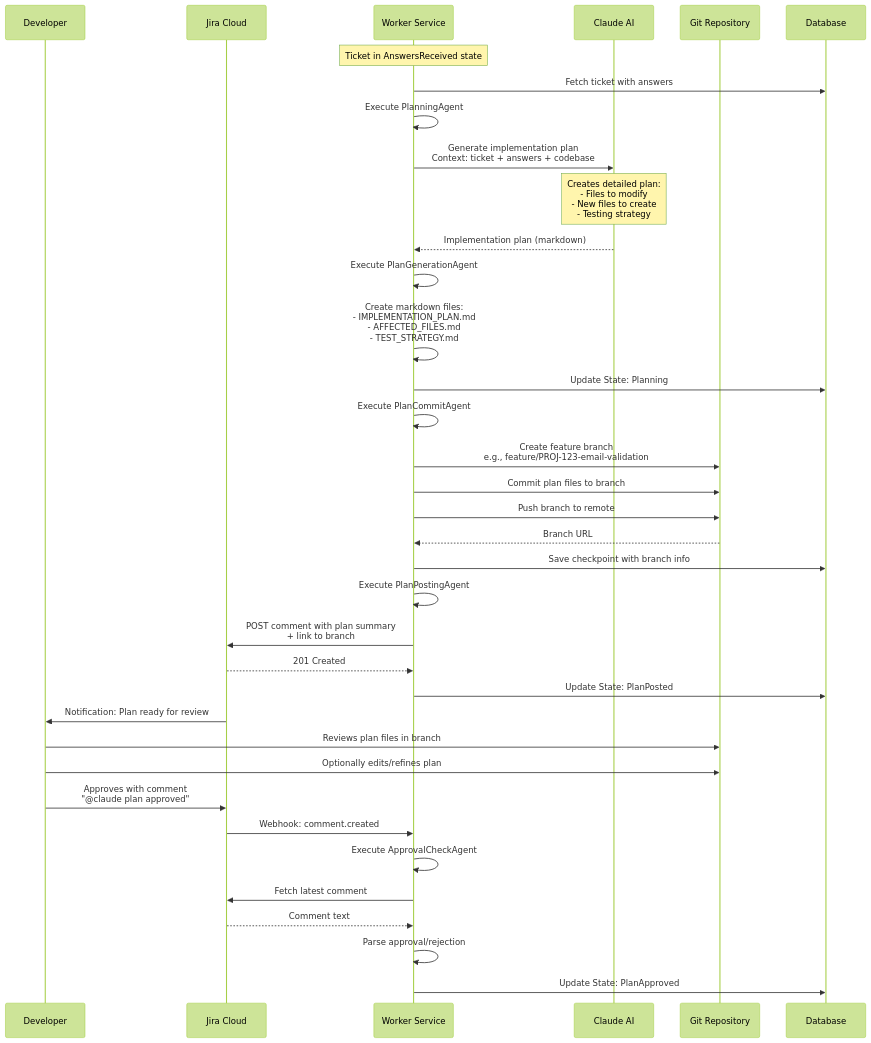
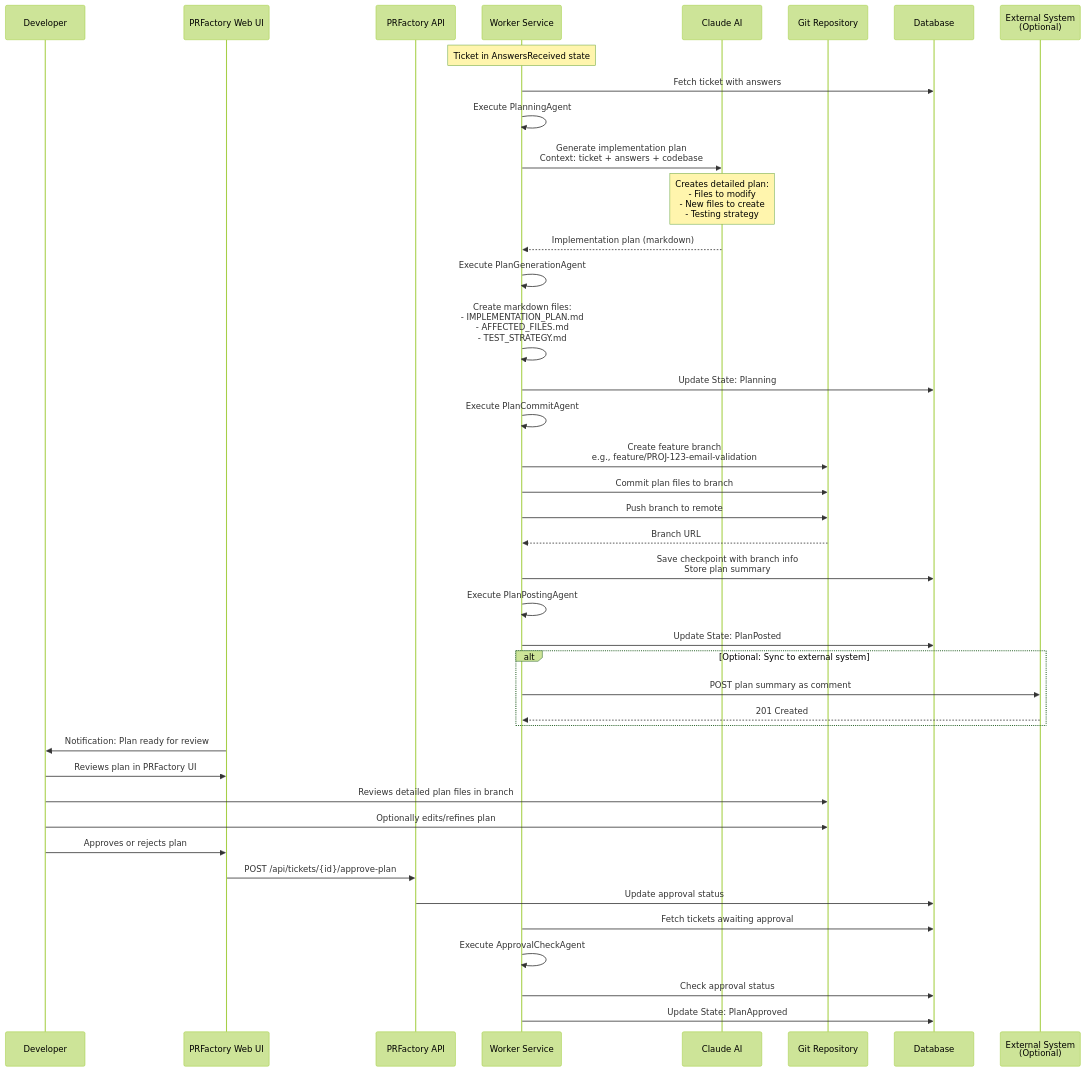
One commit to mikaelliljedahl/PRFactory changed the third of 5 diagrams in docs/WORKFLOW.md. Above: the diagram before and after it, drawn with Mermaid (forest theme). The commit also changed other lines of this file and 2 other files, not shown here.

First line of the commit message:
Update documentation to reflect PRFactory as primary interface

````diff
--- a/docs/WORKFLOW.md
+++ b/docs/WORKFLOW.md
@@ -261,50 +269,53 @@
 ```mermaid
 sequenceDiagram
     participant Dev as Developer
-    participant Jira as Jira Cloud
+    participant UI as PRFactory Web UI
+    participant API as PRFactory API
     participant Worker as Worker Service
     participant Claude as Claude AI
     participant Git as Git Repository
     participant DB as Database
+    participant External as External System<br/>(Optional)
 
     Note over Worker: Ticket in AnswersReceived state
 
     Worker->>DB: Fetch ticket with answers
     Worker->>Worker: Execute PlanningAgent
 
     Worker->>Claude: Generate implementation plan<br/>Context: ticket + answers + codebase
     Note over Claude: Creates detailed plan:<br/>- Files to modify<br/>- New files to create<br/>- Testing strategy
     Claude-->>Worker: Implementation plan (markdown)
 
     Worker->>Worker: Execute PlanGenerationAgent
     Worker->>Worker: Create markdown files:<br/>- IMPLEMENTATION_PLAN.md<br/>- AFFECTED_FILES.md<br/>- TEST_STRATEGY.md
 
     Worker->>DB: Update State: Planning
     Worker->>Worker: Execute PlanCommitAgent
 
     Worker->>Git: Create feature branch<br/>e.g., feature/PROJ-123-email-validation
     Worker->>Git: Commit plan files to branch
     Worker->>Git: Push branch to remote
     Git-->>Worker: Branch URL
 
-    Worker->>DB: Save checkpoint with branch info
+    Worker->>DB: Save checkpoint with branch info<br/>Store plan summary
     Worker->>Worker: Execute PlanPostingAgent
+    Worker->>DB: Update State: PlanPosted
 
-    Worker->>Jira: POST comment with plan summary<br/>+ link to branch
-    Jira-->>Worker: 201 Created
+    alt Optional: Sync to external system
+        Worker->>External: POST plan summary as comment
+        External-->>Worker: 201 Created
+    end
 
-    Worker->>DB: Update State: PlanPosted
-    Jira->>Dev: Notification: Plan ready for review
+    UI->>Dev: Notification: Plan ready for review
+    Dev->>UI: Reviews plan in PRFactory UI
+    Dev->>Git: Reviews detailed plan files in branch
+    Dev->>Git: Optionally edits/refines plan
+    Dev->>UI: Approves or rejects plan
+    UI->>API: POST /api/tickets/{id}/approve-plan
+    API->>DB: Update approval status
 
-    Dev->>Git: Reviews plan files in branch
-    Dev->>Git: Optionally edits/refines plan
-    Dev->>Jira: Approves with comment<br/>"@claude plan approved"
-    Jira->>Worker: Webhook: comment.created
-
+    Worker->>DB: Fetch tickets awaiting approval
     Worker->>Worker: Execute ApprovalCheckAgent
-    Worker->>Jira: Fetch latest comment
-    Jira-->>Worker: Comment text
-
-    Worker->>Worker: Parse approval/rejection
+    Worker->>DB: Check approval status
     Worker->>DB: Update State: PlanApproved
 ```
````
